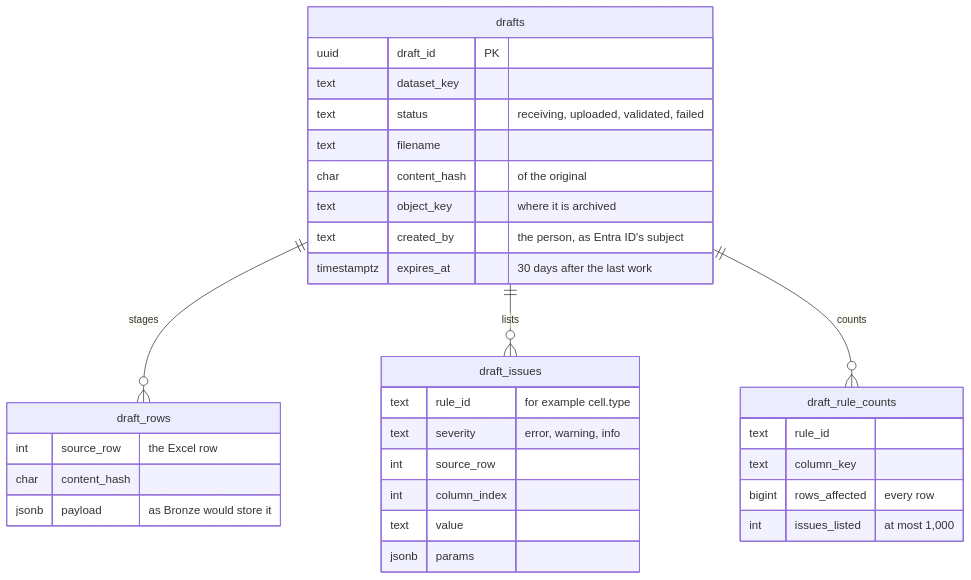
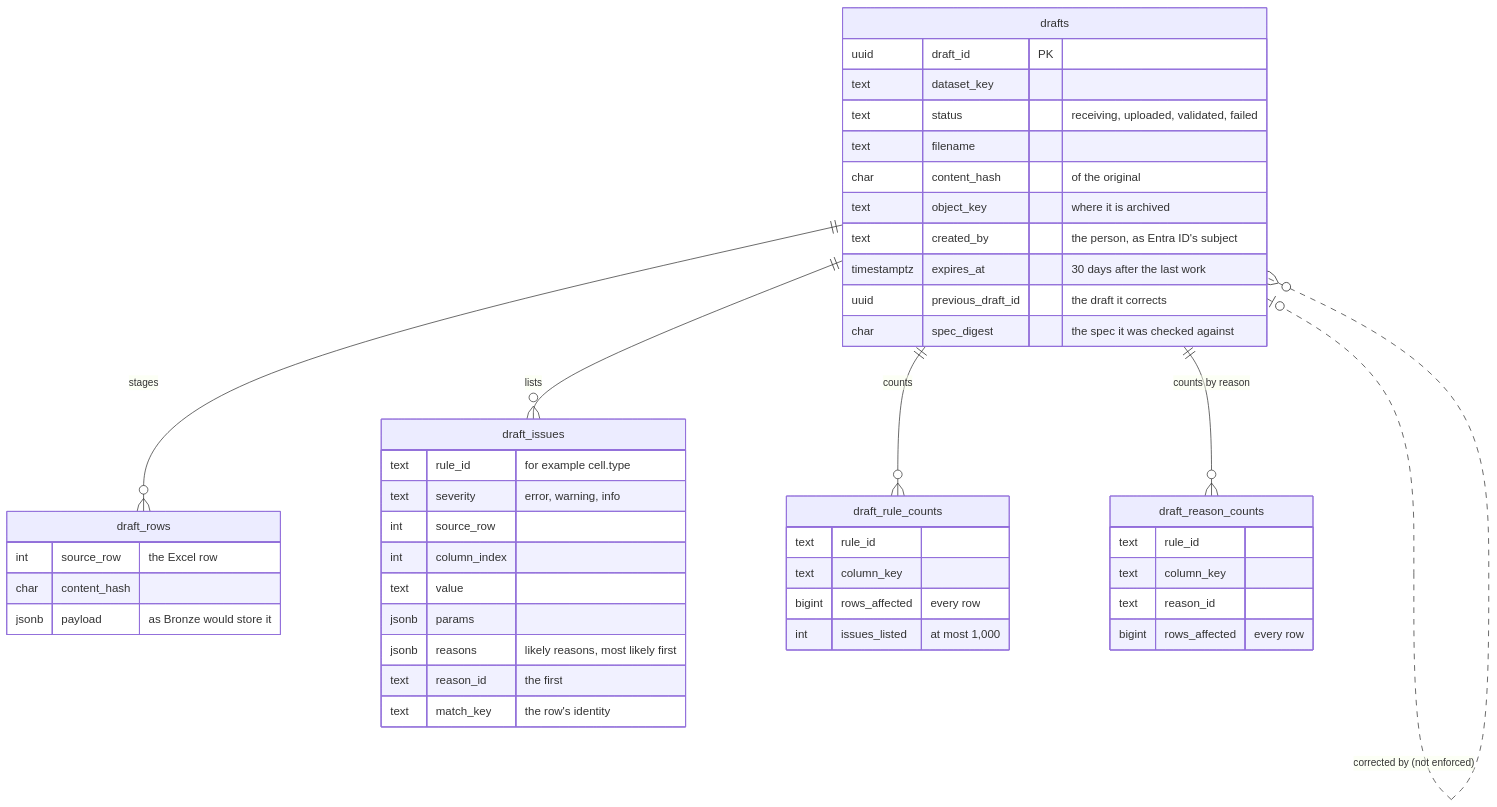
The tenth of 12 diagrams in docs/database_overview.md (juanpablocarrillohortua/clarios_app), drawn with Mermaid before and after one commit. The commit also changed other lines of this file and 53 other files, not shown here.

````diff
--- a/docs/database_overview.md
+++ b/docs/database_overview.md
@@ -741,35 +749,48 @@
 ```mermaid
 erDiagram
     drafts ||--o{ draft_rows : "stages"
     drafts ||--o{ draft_issues : "lists"
     drafts ||--o{ draft_rule_counts : "counts"
+    drafts ||--o{ draft_reason_counts : "counts by reason"
+    drafts |o..o{ drafts : "corrected by (not enforced)"
     drafts {
         uuid draft_id PK
         text dataset_key
         text status "receiving, uploaded, validated, failed"
         text filename
         char content_hash "of the original"
         text object_key "where it is archived"
         text created_by "the person, as Entra ID's subject"
         timestamptz expires_at "30 days after the last work"
+        uuid previous_draft_id "the draft it corrects"
+        char spec_digest "the spec it was checked against"
     }
     draft_rows {
         int source_row "the Excel row"
         char content_hash
         jsonb payload "as Bronze would store it"
     }
     draft_issues {
         text rule_id "for example cell.type"
         text severity "error, warning, info"
         int source_row
         int column_index
         text value
         jsonb params
+        jsonb reasons "likely reasons, most likely first"
+        text reason_id "the first"
+        text match_key "the row's identity"
     }
     draft_rule_counts {
         text rule_id
         text column_key
         bigint rows_affected "every row"
         int issues_listed "at most 1,000"
     }
+    draft_reason_counts {
+        text rule_id
+        text column_key
+        text reason_id
+        bigint rows_affected "every row"
+    }
 ```
````
